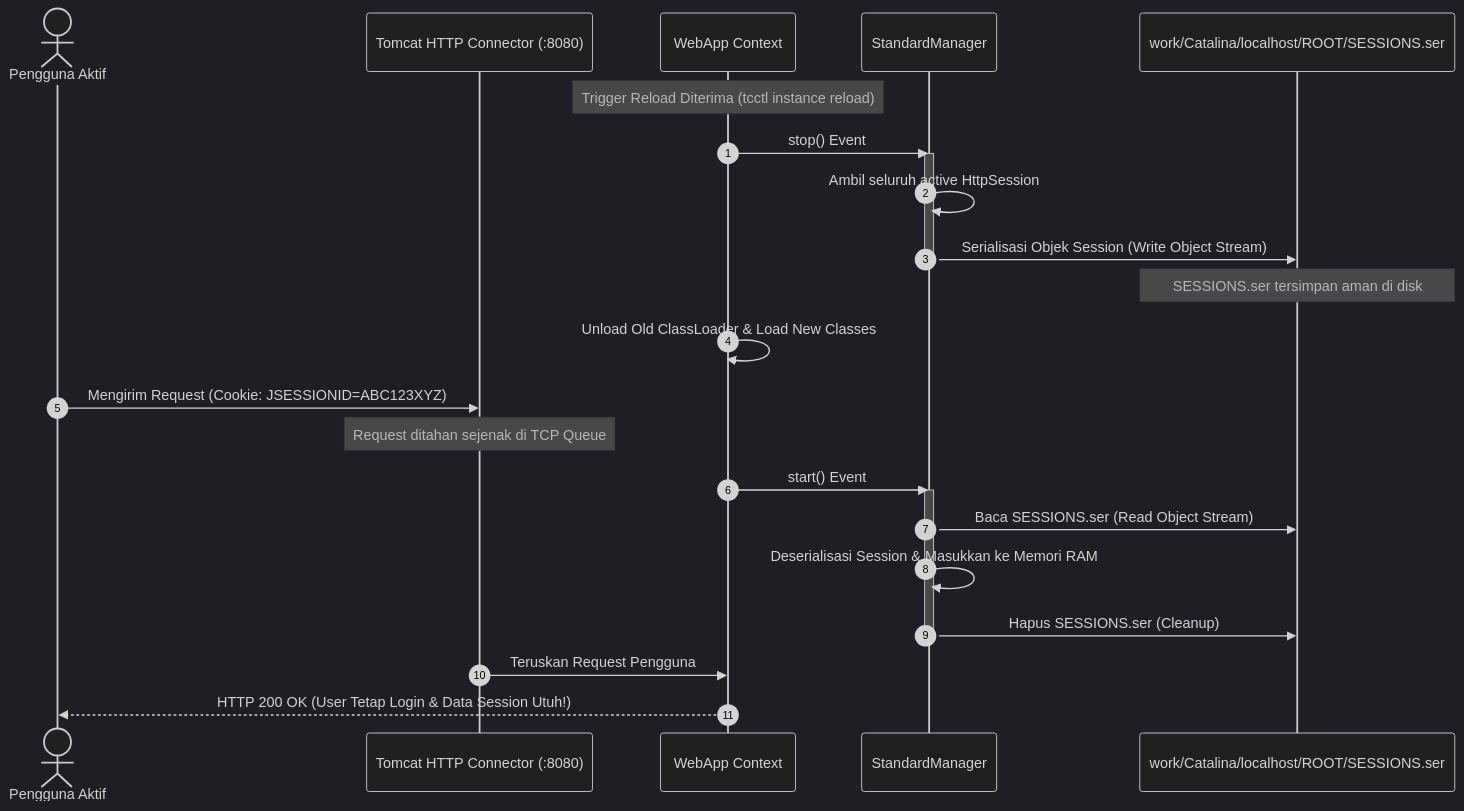
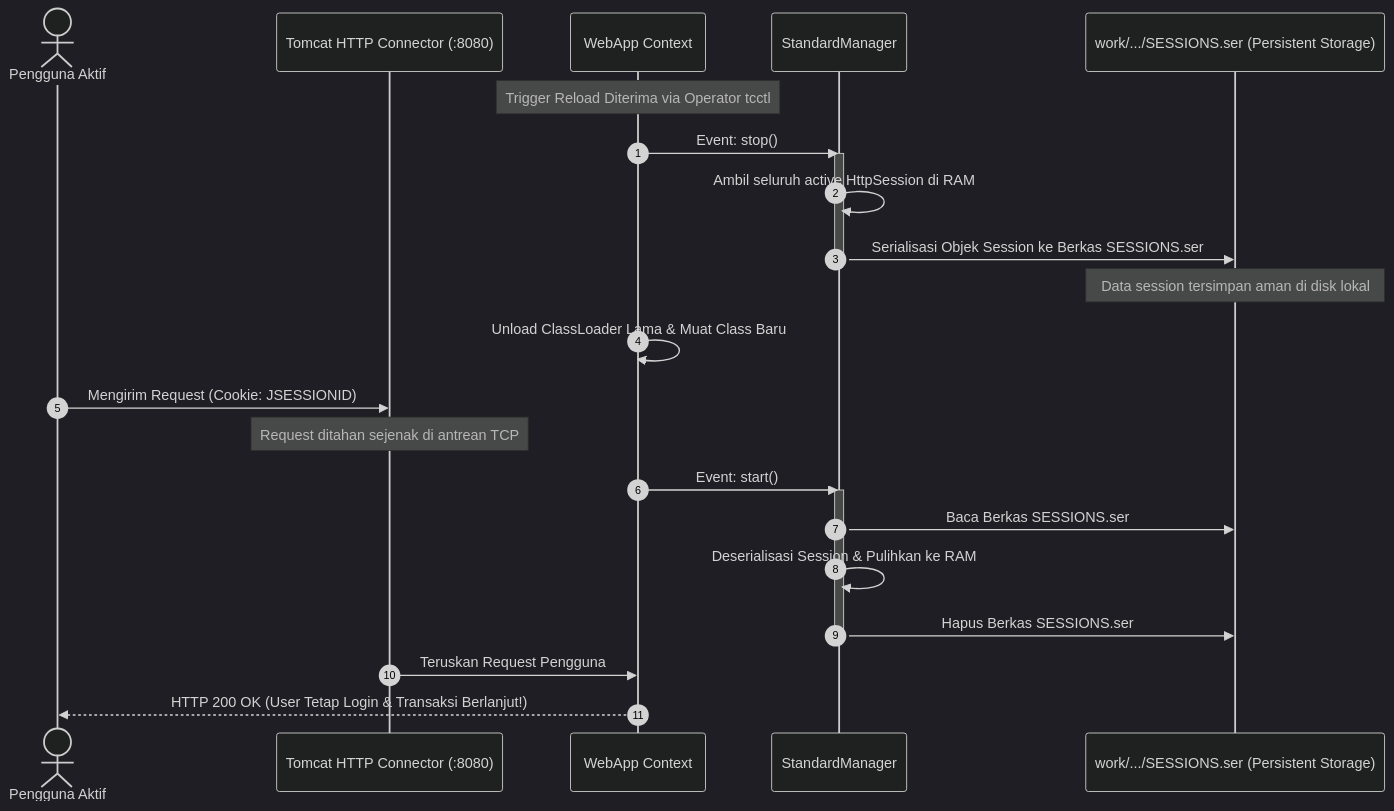
The second of 3 diagrams in content/articles/zero-downtime-tomcat-context-reload-tanpa-memutus-session-tcctl.md (edkas07-oss/personal-site), drawn with Mermaid (dark theme) before and after one commit. The commit also changed other lines of this file, not shown here.

Commit message:
docs(article): remove raw code snippets and streamline narrative flow

```diff
--- a/content/articles/zero-downtime-tomcat-context-reload-tanpa-memutus-session-tcctl.md
+++ b/content/articles/zero-downtime-tomcat-context-reload-tanpa-memutus-session-tcctl.md
@@ -94,32 +87,32 @@
 {{< mermaid >}}
 sequenceDiagram
     autonumber
     actor User as Pengguna Aktif
     participant Connector as Tomcat HTTP Connector (:8080)
     participant Context as WebApp Context
     participant Manager as StandardManager
-    participant Disk as work/Catalina/localhost/ROOT/SESSIONS.ser
+    participant Disk as work/.../SESSIONS.ser (Persistent Storage)
 
-    Note over Context: Trigger Reload Diterima (tcctl instance reload)
-    Context->>Manager: stop() Event
+    Note over Context: Trigger Reload Diterima via Operator tcctl
+    Context->>Manager: Event: stop()
     activate Manager
-    Manager->>Manager: Ambil seluruh active HttpSession
-    Manager->>Disk: Serialisasi Objek Session (Write Object Stream)
+    Manager->>Manager: Ambil seluruh active HttpSession di RAM
+    Manager->>Disk: Serialisasi Objek Session ke Berkas SESSIONS.ser
     deactivate Manager
-    Note over Disk: SESSIONS.ser tersimpan aman di disk
+    Note over Disk: Data session tersimpan aman di disk lokal
 
-    Context->>Context: Unload Old ClassLoader & Load New Classes
+    Context->>Context: Unload ClassLoader Lama & Muat Class Baru
     
-    User->>Connector: Mengirim Request (Cookie: JSESSIONID=ABC123XYZ)
-    Note over Connector: Request ditahan sejenak di TCP Queue
+    User->>Connector: Mengirim Request (Cookie: JSESSIONID)
+    Note over Connector: Request ditahan sejenak di antrean TCP
 
-    Context->>Manager: start() Event
+    Context->>Manager: Event: start()
     activate Manager
-    Manager->>Disk: Baca SESSIONS.ser (Read Object Stream)
-    Manager->>Manager: Deserialisasi Session & Masukkan ke Memori RAM
-    Manager->>Disk: Hapus SESSIONS.ser (Cleanup)
+    Manager->>Disk: Baca Berkas SESSIONS.ser
+    Manager->>Manager: Deserialisasi Session & Pulihkan ke RAM
+    Manager->>Disk: Hapus Berkas SESSIONS.ser
     deactivate Manager
 
     Connector->>Context: Teruskan Request Pengguna
-    Context-->>User: HTTP 200 OK (User Tetap Login & Data Session Utuh!)
+    Context-->>User: HTTP 200 OK (User Tetap Login & Transaksi Berlanjut!)
 {{< /mermaid >}}
```
